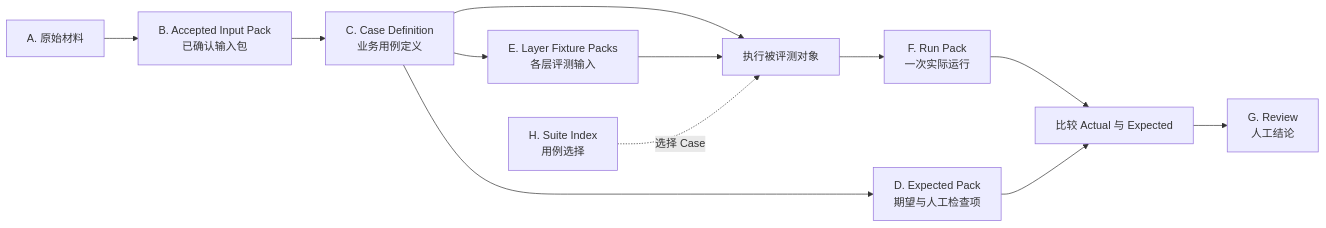
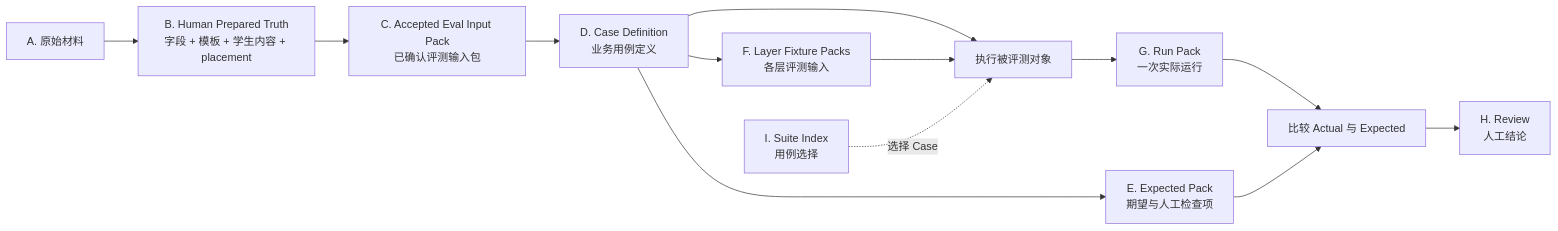
Before and after one commit to bamao88/0730: the fifth of 9 diagrams in docs/human/eval-data-system-and-pipeline-discussion.md, drawn with Mermaid. The commit also changed other lines of this file and 47 other files, not shown here.

````diff
--- a/docs/human/eval-data-system-and-pipeline-discussion.md
+++ b/docs/human/eval-data-system-and-pipeline-discussion.md
@@ -146,24 +647,25 @@
 ```mermaid
 flowchart LR
     RAW["A. 原始材料"]
-    ACCEPTED["B. Accepted Input Pack<br/>已确认输入包"]
-    CASE["C. Case Definition<br/>业务用例定义"]
-    STANDARD["D. Expected Pack<br/>期望与人工检查项"]
-    LAYERS["E. Layer Fixture Packs<br/>各层评测输入"]
+    TRUTH["B. Human Prepared Truth<br/>字段 + 模板 + 学生内容 + placement"]
+    ACCEPTED["C. Accepted Eval Input Pack<br/>已确认评测输入包"]
+    CASE["D. Case Definition<br/>业务用例定义"]
+    STANDARD["E. Expected Pack<br/>期望与人工检查项"]
+    LAYERS["F. Layer Fixture Packs<br/>各层评测输入"]
     EXECUTE["执行被评测对象"]
-    RUN["F. Run Pack<br/>一次实际运行"]
+    RUN["G. Run Pack<br/>一次实际运行"]
     COMPARE["比较 Actual 与 Expected"]
-    REVIEW["G. Review<br/>人工结论"]
-    SUITE["H. Suite Index<br/>用例选择"]
+    REVIEW["H. Review<br/>人工结论"]
+    SUITE["I. Suite Index<br/>用例选择"]
 
-    RAW --> ACCEPTED --> CASE
+    RAW --> TRUTH --> ACCEPTED --> CASE
     CASE --> STANDARD
     CASE --> LAYERS
     CASE --> EXECUTE
     LAYERS --> EXECUTE
     SUITE -."选择 Case".-> EXECUTE
     EXECUTE --> RUN
     RUN --> COMPARE
     STANDARD --> COMPARE
     COMPARE --> REVIEW
 ```
````
